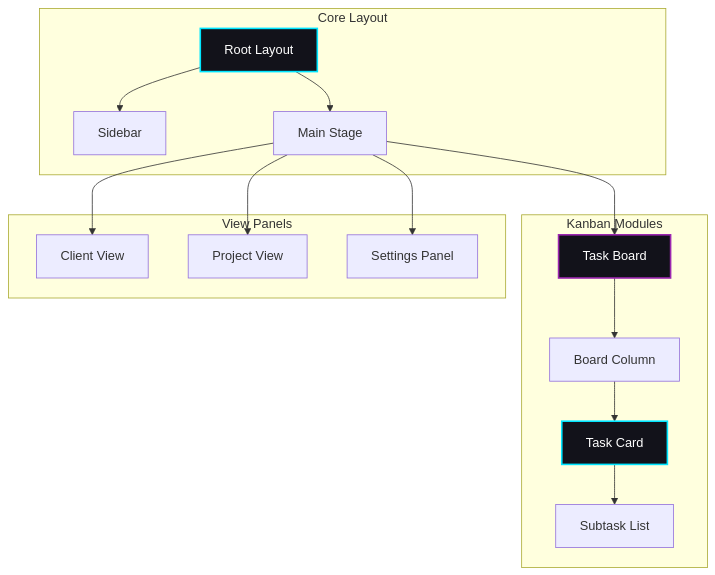
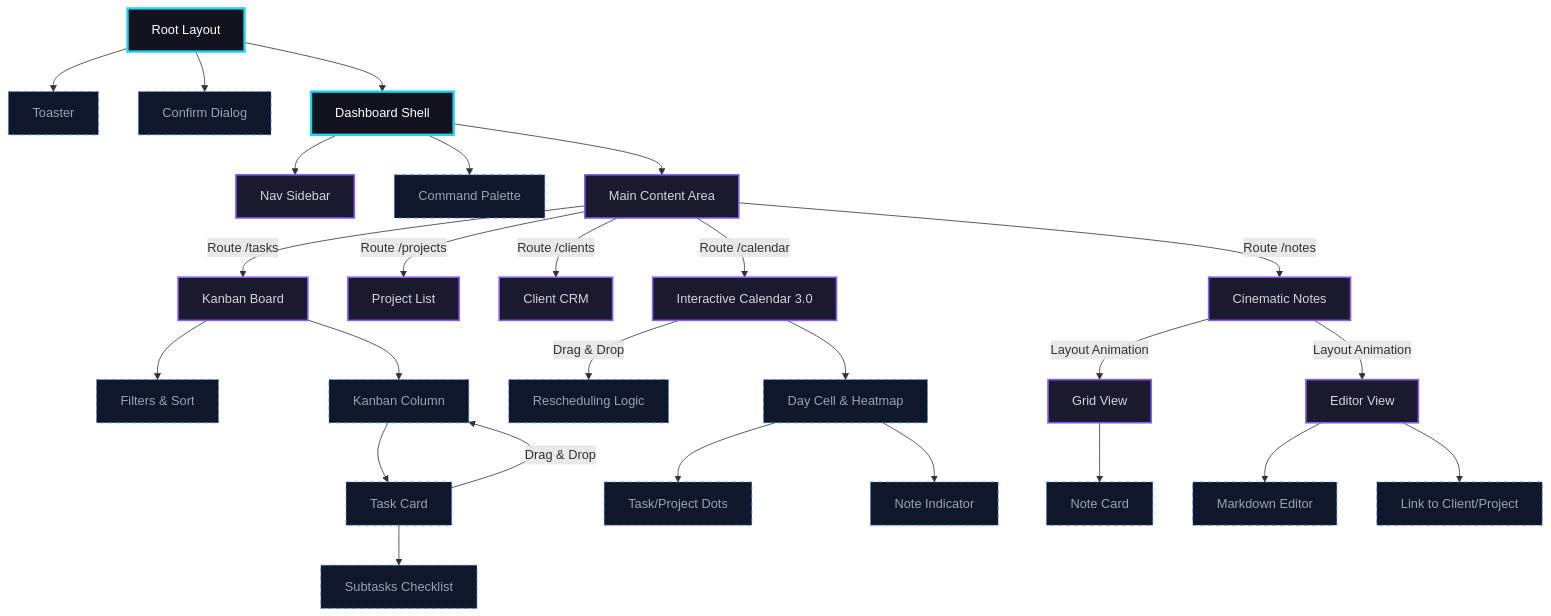
Before and after one commit to codeshan-1/FlowShan-CaseStudy: the diagram in diagrams/03-component-tree.mmd, drawn with Mermaid. The commit also changed 23 other files, not shown here.

```diff
--- a/diagrams/03-component-tree.mmd
+++ b/diagrams/03-component-tree.mmd
@@ -1,22 +1,43 @@
-graph TD
-    subgraph "Core Layout"
-        A[Root Layout] --> B[Sidebar]
-        A --> C[Main Stage]
-    end
+flowchart TB
+    %% Core Theme
+    classDef page fill:#12121e,stroke:#22d3ee,stroke-width:3px,color:#fff
+    classDef section fill:#1a1a2e,stroke:#8b5cf6,stroke-width:2px,color:#d1d5db
+    classDef component fill:#0f172a,stroke:#3b82f6,stroke-dasharray: 5 5,color:#94a3b8
 
-    subgraph "Kanban Modules"
-        C --> D[Task Board]
-        D --> E[Board Column]
-        E --> F[Task Card]
-        F --> G[Subtask List]
-    end
+    %% APP
+    Root[Root Layout]:::page --> Toast[Toaster]:::component
+    Root --> Confirm[Confirm Dialog]:::component
+    Root --> AppShell[Dashboard Shell]:::page
 
-    subgraph "View Panels"
-        C --> H[Client View]
-        C --> I[Project View]
-        C --> J[Settings Panel]
-    end
+    %% SHELL
+    AppShell --> Sidebar[Nav Sidebar]:::section
+    AppShell --> CMD[Command Palette]:::component
+    AppShell --> Main[Main Content Area]:::section
 
-    style A fill:#12121a,stroke:#00e5ff,stroke-width:2px,color:#fff
-    style D fill:#12121a,stroke:#9c27b0,stroke-width:2px,color:#fff
-    style F fill:#12121a,stroke:#00e5ff,stroke-width:2px,color:#fff
+    %% MAIN VIEWS
+    Main -->|Route /tasks| TaskBoard[Kanban Board]:::section
+    Main -->|Route /projects| Projects[Project List]:::section
+    Main -->|Route /clients| Clients[Client CRM]:::section
+    Main -->|Route /calendar| Calendar[Interactive Calendar 3.0]:::section
+    Main -->|Route /notes| Notes[Cinematic Notes]:::section
+
+    %% TASK BOARD
+    TaskBoard --> Filter[Filters & Sort]:::component
+    TaskBoard --> Col[Kanban Column]:::component
+    Col --> Card[Task Card]:::component
+    Card -->|Drag & Drop| Col
+    Card --> Sub[Subtasks Checklist]:::component
+
+    %% CALENDAR
+    Calendar -->|Drag & Drop| Reschedule[Rescheduling Logic]:::component
+    Calendar --> DayCell[Day Cell & Heatmap]:::component
+    DayCell --> TaskDot[Task/Project Dots]:::component
+    DayCell --> NoteDot[Note Indicator]:::component
+
+    %% NOTES
+    Notes -->|Layout Animation| Grid[Grid View]:::section
+    Notes -->|Layout Animation| Editor[Editor View]:::section
+
+    Grid --> NoteCard[Note Card]:::component
+    Editor --> Text[Markdown Editor]:::component
+    Editor --> Link[Link to Client/Project]:::component
```
